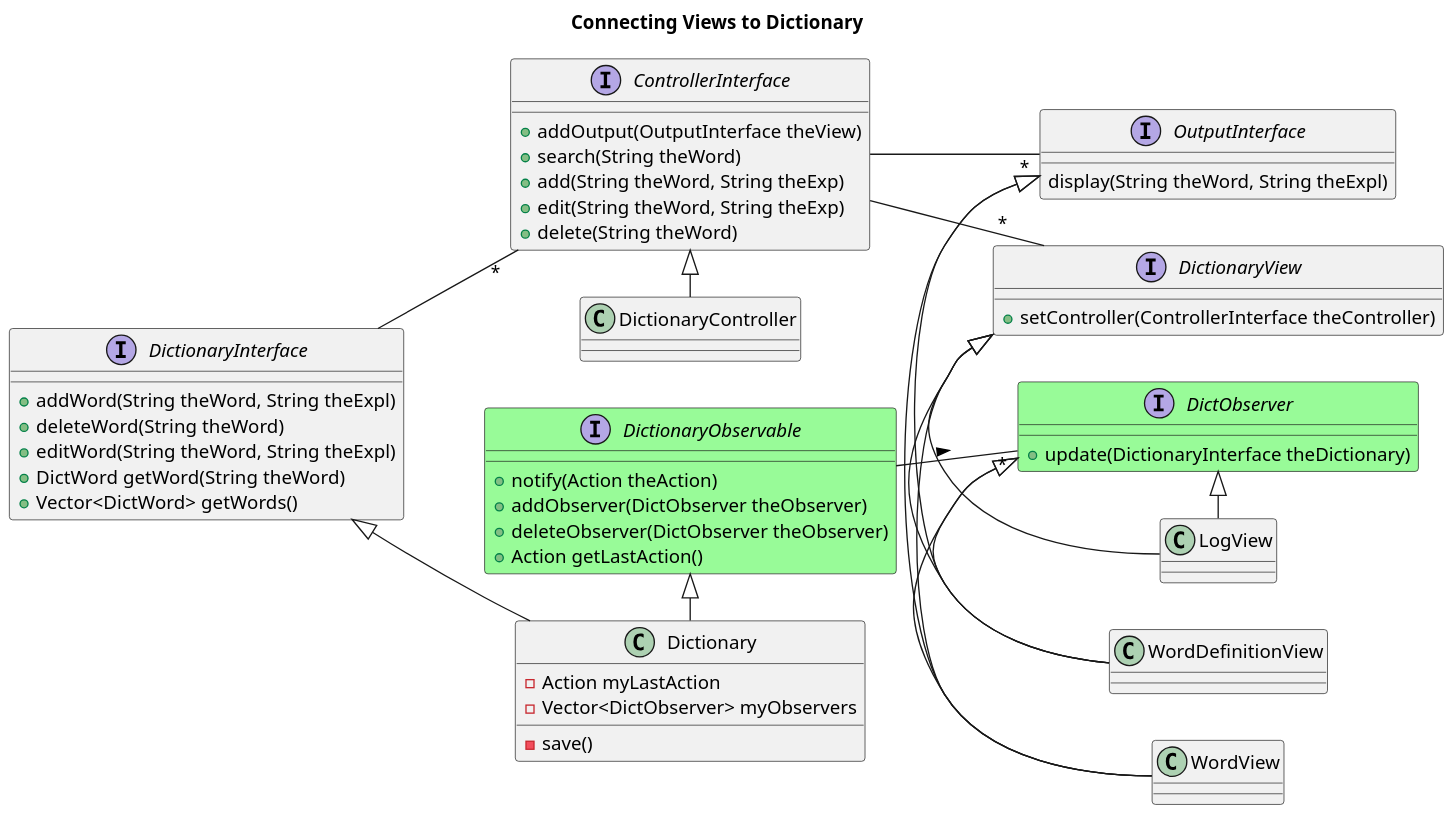
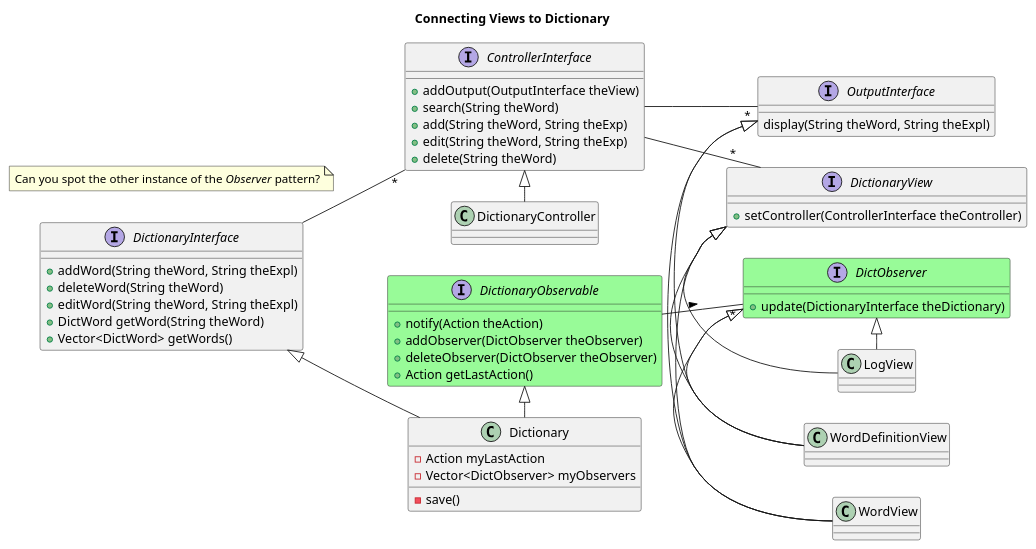
The seventh of 8 diagrams in Lectures/07_Design_to_Code.org (bth-dipt-teaching/PA1458-OO-Design), drawn with PlantUML before and after one commit. The commit also changed other lines of this file and 15 other files, not shown here.

```diff
--- a/Lectures/07_Design_to_Code.org
+++ b/Lectures/07_Design_to_Code.org
@@ -213,60 +229,63 @@
 #+BEGIN_SRC plantuml :file FDictionaryClass3.png
-scale 1.5
+'scale 1.5
 left to right direction
 title Connecting Views to Dictionary
 interface DictionaryInterface
 DictionaryInterface : +addWord(String theWord, String theExpl)
 DictionaryInterface : +deleteWord(String theWord)
 DictionaryInterface : +editWord(String theWord, String theExpl)
 DictionaryInterface : +DictWord getWord(String theWord)
 DictionaryInterface : +Vector<DictWord> getWords()
 
 interface DictionaryView
 DictionaryView : +setController(ControllerInterface theController)
 
 interface ControllerInterface
 ControllerInterface : +addOutput(OutputInterface theView)
 ControllerInterface : +search(String theWord)
 ControllerInterface : +add(String theWord, String theExp)
 ControllerInterface : +edit(String theWord, String theExp)
 ControllerInterface : +delete(String theWord)
 
 ControllerInterface -- "*" OutputInterface
 interface OutputInterface
 OutputInterface : display(String theWord, String theExpl)
 
 DictionaryInterface -- "*" ControllerInterface
 ControllerInterface -- "*" DictionaryView
 
 DictionaryInterface <|- Dictionary
 Dictionary : -save()
 
 ControllerInterface <|- DictionaryController
 
 DictionaryView <|- WordView
 DictionaryView <|- WordDefinitionView
 DictionaryView <|- LogView
 
 OutputInterface <|- WordView
 OutputInterface <|- WordDefinitionView
 
 ' ---
 interface DictObserver #PaleGreen
 DictObserver : +update(DictionaryInterface theDictionary)
 DictObserver <|- WordView
 DictObserver <|- WordDefinitionView
 DictObserver <|- LogView
 
 interface DictionaryObservable #PaleGreen
 DictionaryObservable : +notify(Action theAction)
 DictionaryObservable : +addObserver(DictObserver theObserver)
 DictionaryObservable : +deleteObserver(DictObserver theObserver)
 DictionaryObservable : +Action getLastAction()
 
 DictionaryObservable <|- Dictionary
 
 Dictionary : -Action myLastAction
 Dictionary : -Vector<DictObserver> myObservers
 
 DictionaryObservable -- "*" DictObserver : >
+
+note "Can you spot the other instance of the <I>Observer</I> pattern?" as N1
+
 #+END_SRC
```
